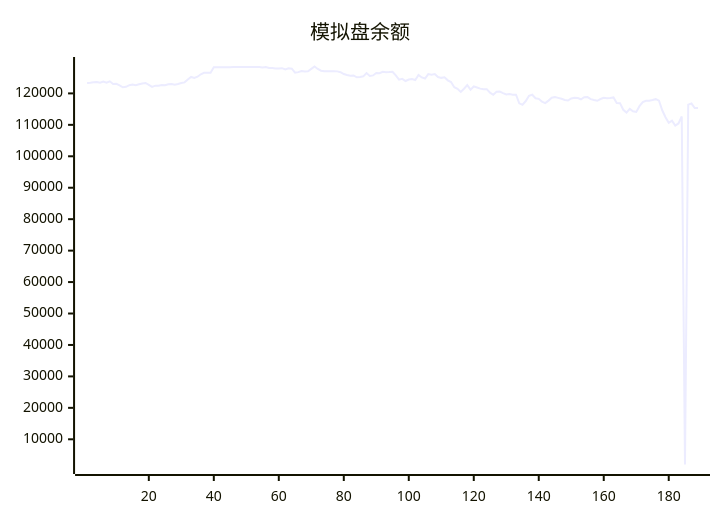
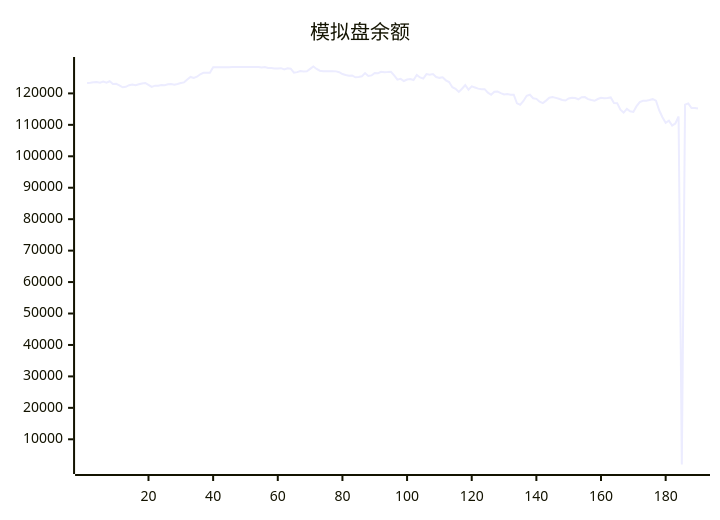
The diagram in README.md (aahl/ai-trading), drawn with Mermaid before and after one commit. The commit also changed other lines of this file and 2 other files, not shown here.

````diff
--- a/README.md
+++ b/README.md
@@ -5,5 +5,5 @@
 ```mermaid
 xychart
     title "模拟盘余额"
-    line [123338,123402,123530,123592,123378,123745,123413,123853,123009,123040,122557,121938,122095,122599,122856,122597,122898,123160,123319,122719,122087,122454,122416,122685,122592,122907,122961,122776,122981,123295,123507,124403,125224,124894,125303,126088,126544,126534,126549,128335,128318,128318,128318,128318,128318,128424,128424,128424,128424,128424,128424,128424,128424,128424,128247,128412,128062,128087,127917,127901,128026,127611,128000,127850,126572,126770,127100,126971,127029,127783,128554,127765,127224,127064,127044,127009,127025,127004,126738,126152,125871,125635,125707,125117,125217,125420,126480,125545,125715,126511,126424,126856,126764,126788,126890,125710,124381,124632,123936,124402,124574,124256,125833,125070,124739,126154,125966,126145,125213,124943,125143,124157,123604,121959,121476,120476,121470,122610,121201,122221,121889,121522,121332,121344,120232,119559,120513,120577,120108,119680,119777,119572,119568,116839,116392,117573,119250,119585,118469,118277,117338,116897,117706,118628,118849,118579,118280,117926,117735,118373,118639,118544,118136,118798,118819,118162,117874,117649,118215,118601,118463,118517,118713,116911,116899,114798,113887,115084,114313,114091,115934,117221,117658,117658,117883,118164,117693,114632,112403,110644,111313,109777,110444,112673,1984,116419,116772,115355,115355]
+    line [123338,123402,123530,123592,123378,123745,123413,123853,123009,123040,122557,121938,122095,122599,122856,122597,122898,123160,123319,122719,122087,122454,122416,122685,122592,122907,122961,122776,122981,123295,123507,124403,125224,124894,125303,126088,126544,126534,126549,128335,128318,128318,128318,128318,128318,128424,128424,128424,128424,128424,128424,128424,128424,128424,128247,128412,128062,128087,127917,127901,128026,127611,128000,127850,126572,126770,127100,126971,127029,127783,128554,127765,127224,127064,127044,127009,127025,127004,126738,126152,125871,125635,125707,125117,125217,125420,126480,125545,125715,126511,126424,126856,126764,126788,126890,125710,124381,124632,123936,124402,124574,124256,125833,125070,124739,126154,125966,126145,125213,124943,125143,124157,123604,121959,121476,120476,121470,122610,121201,122221,121889,121522,121332,121344,120232,119559,120513,120577,120108,119680,119777,119572,119568,116839,116392,117573,119250,119585,118469,118277,117338,116897,117706,118628,118849,118579,118280,117926,117735,118373,118639,118544,118136,118798,118819,118162,117874,117649,118215,118601,118463,118517,118713,116911,116899,114798,113887,115084,114313,114091,115934,117221,117658,117658,117883,118164,117693,114632,112403,110644,111313,109777,110444,112673,1984,116419,116772,115355,115355,115198]
 ```
````
